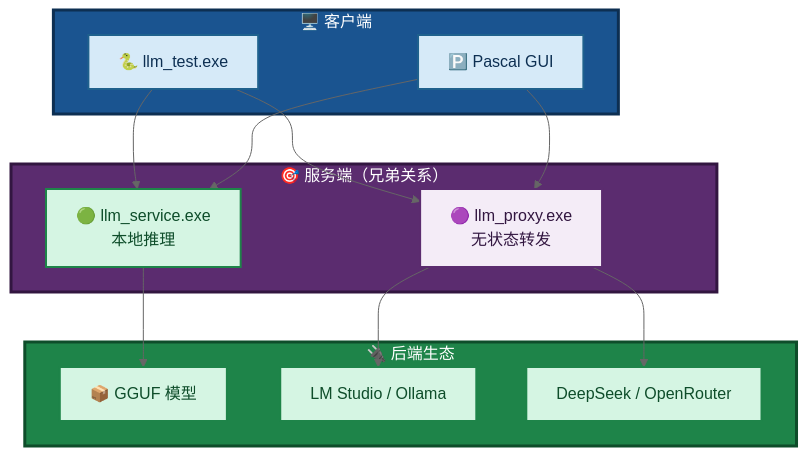
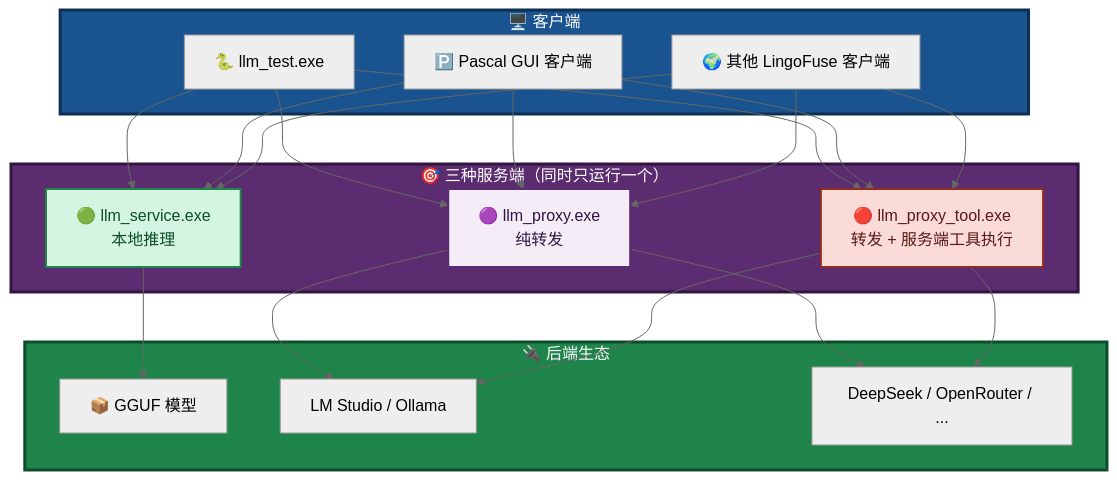
One commit to PassByYou888/LingoFuse-pasAgent changed the eighth of 9 diagrams in readme.md. Above: the diagram before and after it, drawn with Mermaid (neutral theme). The commit also changed other lines of this file and 33 other files, not shown here.

````diff
--- a/readme.md
+++ b/readme.md
@@ -176,37 +262,42 @@
 ```mermaid
 flowchart TB
     subgraph CLIENTS["🖥️ 客户端"]
         C1["🐍 llm_test.exe"]
-        C2["🅿️ Pascal GUI"]
+        C2["🅿️ Pascal GUI 客户端"]
+        C3["🌍 其他 LingoFuse 客户端"]
     end
 
-    subgraph SERVERS["🎯 服务端（兄弟关系）"]
+    subgraph SERVERS["🎯 三种服务端（同时只运行一个）"]
         S1["🟢 llm_service.exe<br/>本地推理"]
-        S2["🟣 llm_proxy.exe<br/>无状态转发"]
+        S2["🟣 llm_proxy.exe<br/>纯转发"]
+        S3["🔴 llm_proxy_tool.exe<br/>转发 + 服务端工具执行"]
     end
 
     subgraph BACKENDS["🔌 后端生态"]
         B1["📦 GGUF 模型"]
         B2["LM Studio / Ollama"]
-        B3["DeepSeek / OpenRouter"]
+        B3["DeepSeek / OpenRouter / ..."]
     end
 
     C1 --> S1
     C1 --> S2
+    C1 --> S3
     C2 --> S1
     C2 --> S2
+    C2 --> S3
+    C3 --> S1
+    C3 --> S2
+    C3 --> S3
     S1 --> B1
     S2 --> B2
     S2 --> B3
+    S3 --> B2
+    S3 --> B3
 
     style CLIENTS fill:#1A5490,stroke:#0D2F52,stroke-width:3px,color:#FFFFFF
     style SERVERS fill:#5B2C6F,stroke:#321640,stroke-width:3px,color:#FFFFFF
     style BACKENDS fill:#1E8449,stroke:#0E4D2A,stroke-width:3px,color:#FFFFFF
-    style C1 fill:#D6EAF8,stroke:#1F618D,stroke-width:2px,color:#0D2F52
-    style C2 fill:#D6EAF8,stroke:#1F618D,stroke-width:2px,color:#0D2F52
     style S1 fill:#D5F5E3,stroke:#1E8449,stroke-width:2px,color:#0E4D2A
     style S2 fill:#F4ECF7,stroke:#5B2C6F,stroke-width:2px,color:#321640
-    style B1 fill:#D5F5E3,stroke:#1E8449,stroke-width:2px,color:#0E4D2A
-    style B2 fill:#D5F5E3,stroke:#1E8449,stroke-width:2px,color:#0E4D2A
-    style B3 fill:#D5F5E3,stroke:#1E8449,stroke-width:2px,color:#0E4D2A
+    style S3 fill:#FADBD8,stroke:#922B21,stroke-width:2px,color:#5A1A14
 ```
````
